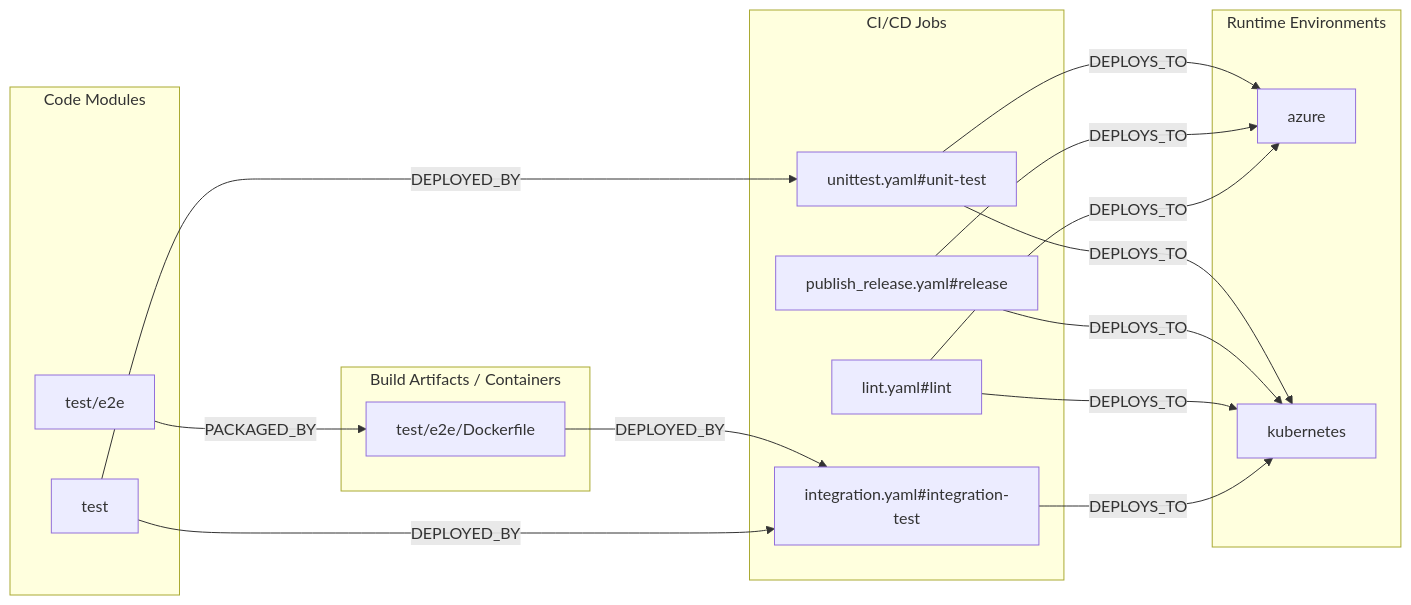
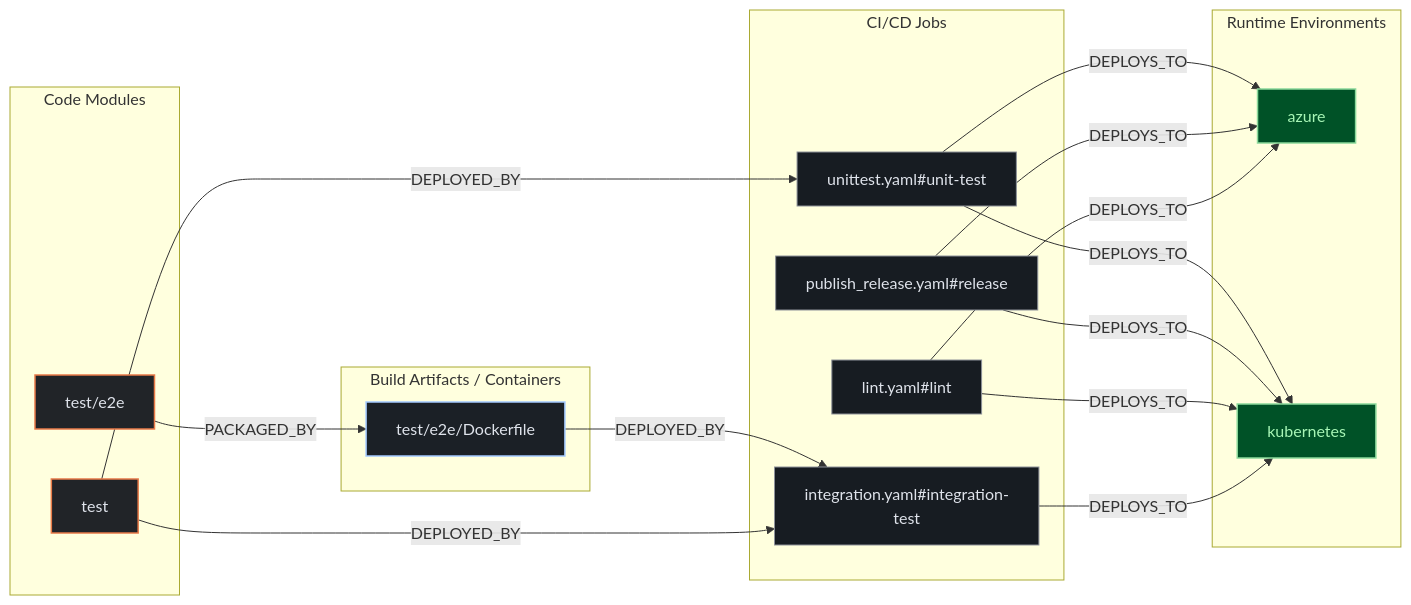
Before and after one commit to kumarshaz/atruss-code-atlas: the second of 3 diagrams in exports/latest/reports/goharbor-harbor-helm-report.md, drawn with Mermaid. The commit also changed other lines of this file and 331 other files, not shown here.

Commit message:
docs,ui,fix: update SDLC docs, reorder CI/CD DAG first, stylize Mermaid, and fix Arc42 pipeline topology

````diff
--- a/exports/latest/reports/goharbor-harbor-helm-report.md
+++ b/exports/latest/reports/goharbor-harbor-helm-report.md
@@ -85,31 +92,35 @@
 ```mermaid
 flowchart LR
+    classDef atlasCategory fill:#212428,stroke:#E87A48,stroke-width:1.5px,color:#dfe3eb
+    classDef atlasWorkflow fill:#1b2026,stroke:#a3c9ff,stroke-width:1.5px,color:#dfe3eb
+    classDef atlasJob fill:#171c22,stroke:#8d9199,stroke-width:1px,color:#dfe3eb
+    classDef atlasTarget fill:#005227,stroke:#8bd99b,stroke-width:1.5px,color:#a7f6b6
     subgraph code_modules["Code Modules"]
-        mod_test["test"]
-        mod_test_e2e["test/e2e"]
+        mod_test["test"]:::atlasCategory
+        mod_test_e2e["test/e2e"]:::atlasCategory
     end
     subgraph build_artifacts["Build Artifacts / Containers"]
-        art_test_e2e_Dockerfile["test/e2e/Dockerfile"]
+        art_test_e2e_Dockerfile["test/e2e/Dockerfile"]:::atlasWorkflow
     end
     subgraph ci_jobs["CI/CD Jobs"]
-        job_integration_yaml_integration_test["integration.yaml#integration-test"]
-        job_lint_yaml_lint["lint.yaml#lint"]
-        job_publish_release_yaml_release["publish_release.yaml#release"]
-        job_unittest_yaml_unit_test["unittest.yaml#unit-test"]
+        job_integration_yaml_integration_test["integration.yaml#integration-test"]:::atlasJob
+        job_lint_yaml_lint["lint.yaml#lint"]:::atlasJob
+        job_publish_release_yaml_release["publish_release.yaml#release"]:::atlasJob
+        job_unittest_yaml_unit_test["unittest.yaml#unit-test"]:::atlasJob
     end
     subgraph runtime_envs["Runtime Environments"]
-        env_azure["azure"]
-        env_kubernetes["kubernetes"]
+        env_azure["azure"]:::atlasTarget
+        env_kubernetes["kubernetes"]:::atlasTarget
     end
     job_integration_yaml_integration_test -->|DEPLOYS_TO| env_kubernetes
     job_lint_yaml_lint -->|DEPLOYS_TO| env_azure
     job_lint_yaml_lint -->|DEPLOYS_TO| env_kubernetes
     job_publish_release_yaml_release -->|DEPLOYS_TO| env_azure
     job_publish_release_yaml_release -->|DEPLOYS_TO| env_kubernetes
     job_unittest_yaml_unit_test -->|DEPLOYS_TO| env_azure
     job_unittest_yaml_unit_test -->|DEPLOYS_TO| env_kubernetes
     mod_test -->|DEPLOYED_BY| job_integration_yaml_integration_test
     mod_test -->|DEPLOYED_BY| job_unittest_yaml_unit_test
     mod_test_e2e -->|PACKAGED_BY| art_test_e2e_Dockerfile
     art_test_e2e_Dockerfile -->|DEPLOYED_BY| job_integration_yaml_integration_test
 ```
````
